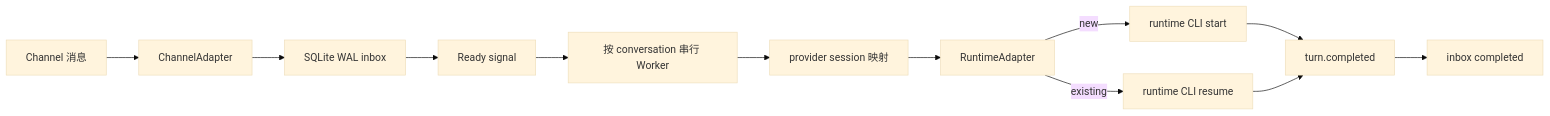
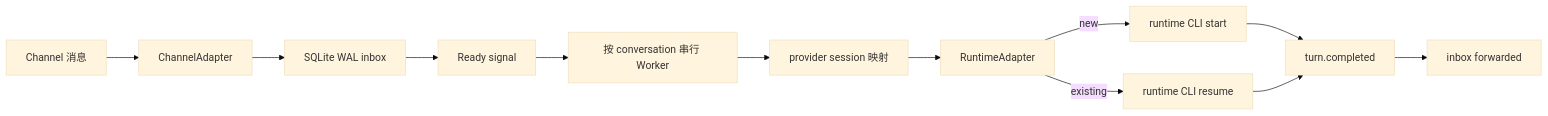
Before and after one commit to HiQ-AI/agent-channel-host: the diagram in README.md, drawn with Mermaid (base theme). The commit also changed other lines of this file and 11 other files, not shown here.

````diff
--- a/README.md
+++ b/README.md
@@ -11,14 +11,14 @@
 ```mermaid
 flowchart LR
   Channel[Channel 消息] --> Adapter[ChannelAdapter]
   Adapter --> Inbox[SQLite WAL inbox]
   Inbox --> Signal[Ready signal]
   Signal --> Worker[按 conversation 串行 Worker]
   Worker --> Map[provider session 映射]
   Map --> Runtime[RuntimeAdapter]
   Runtime -->|new| Exec[runtime CLI start]
   Runtime -->|existing| Resume[runtime CLI resume]
   Exec --> Receipt[turn.completed]
   Resume --> Receipt
-  Receipt --> Cursor[inbox completed]
+  Receipt --> Cursor[inbox forwarded]
 ```
````
